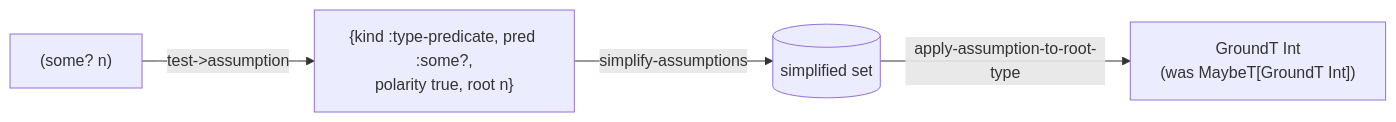
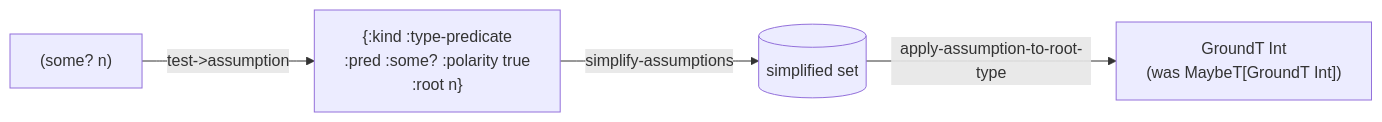
The first of 2 diagrams in skeptic/docs/walkthrough/08-narrowing-and-origins.md (nomicflux/skeptic), drawn with Mermaid before and after one commit. The commit also changed other lines of this file and 12 other files, not shown here.

````diff
--- a/skeptic/docs/walkthrough/08-narrowing-and-origins.md
+++ b/skeptic/docs/walkthrough/08-narrowing-and-origins.md
@@ -59,7 +97,7 @@
 ```mermaid
 flowchart LR
   test["(some? n)"]
-  test -->|test->assumption| asm["{kind :type-predicate, pred :some?,<br/>polarity true, root n}"]
+  test -->|test->assumption| asm["{:kind :type-predicate<br/>:pred :some? :polarity true<br/>:root n}"]
   asm -->|simplify-assumptions| simp[(simplified set)]
   simp -->|apply-assumption-to-root-type| refined["GroundT Int<br/>(was MaybeT[GroundT Int])"]
 ```
````
